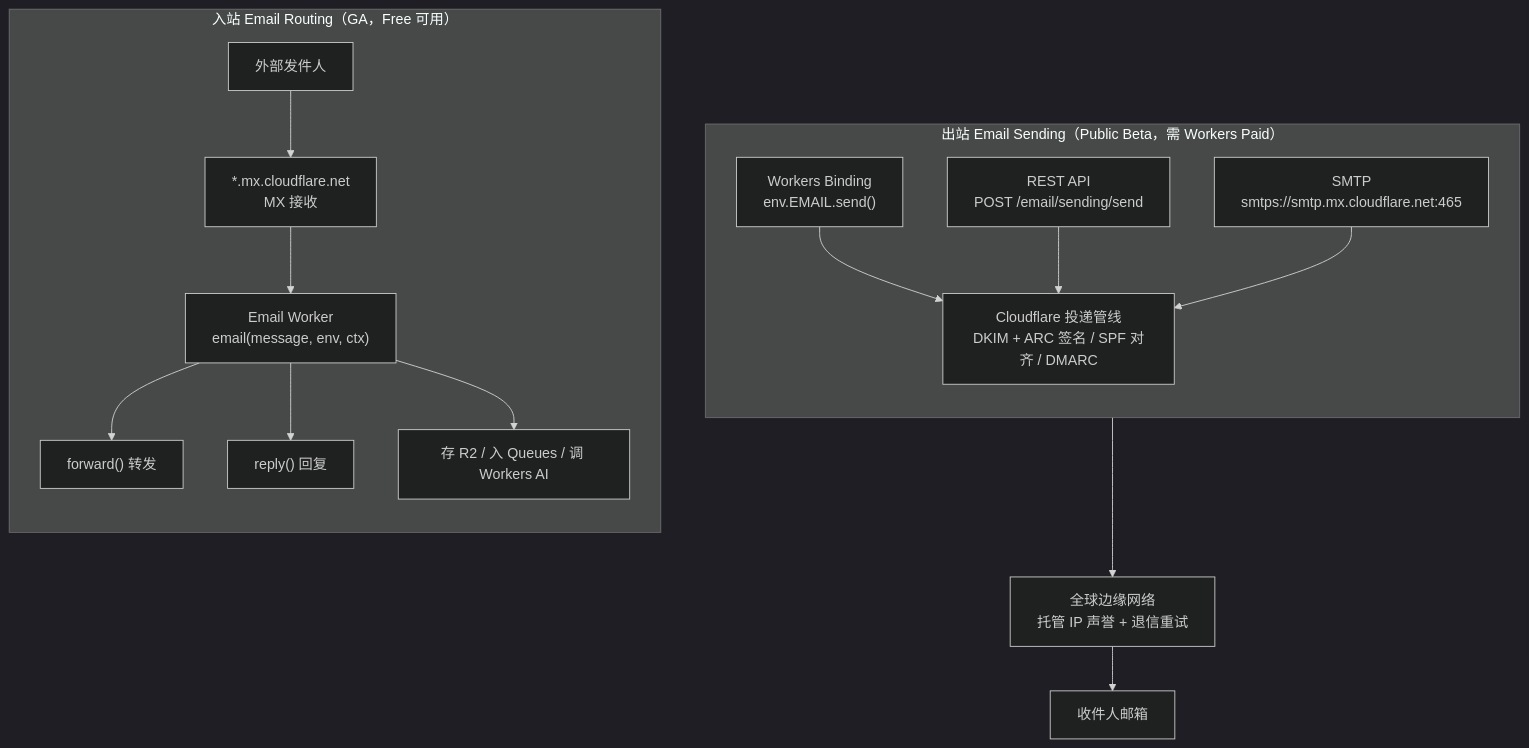
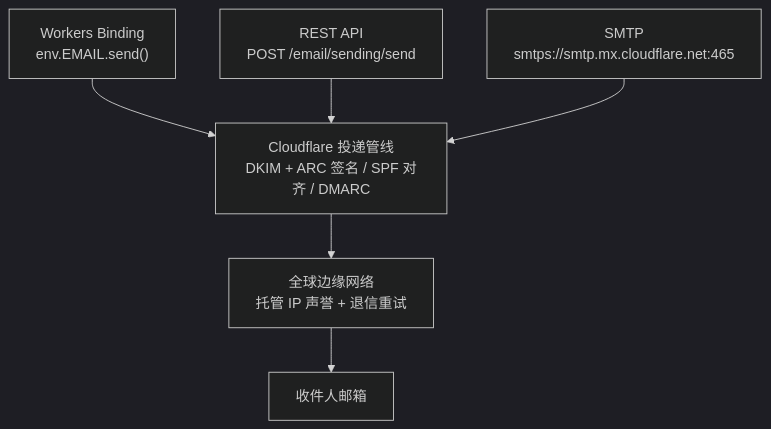
Before and after one commit to realchendahuang/cloudflare-playbook: diagram 14 of 15 in README.md, drawn with Mermaid (dark theme). The commit also changed other lines of this file and 2 other files, not shown here.

Commit message:
Email 子页流程图改上下结构：拆成出站/入站两张独立 TD 流程图，避免 subgraph 左右并排看不清

````diff
--- a/README.md
+++ b/README.md
@@ -2385,20 +2387,8 @@
 ```mermaid
 flowchart TD
-  subgraph OUT["出站 Email Sending（Public Beta，需 Workers Paid）"]
-    direction TB
-    W["Workers Binding<br/>env.EMAIL.send()"] --> PIPE["Cloudflare 投递管线<br/>DKIM + ARC 签名 / SPF 对齐 / DMARC"]
-    R["REST API<br/>POST /email/sending/send"] --> PIPE
-    S["SMTP<br/>smtps://smtp.mx.cloudflare.net:465"] --> PIPE
-  end
-  PIPE --> NET["全球边缘网络<br/>托管 IP 声誉 + 退信重试"]
+  W["Workers Binding<br/>env.EMAIL.send()"] --> PIPE
+  R["REST API<br/>POST /email/sending/send"] --> PIPE
+  S["SMTP<br/>smtps://smtp.mx.cloudflare.net:465"] --> PIPE
+  PIPE["Cloudflare 投递管线<br/>DKIM + ARC 签名 / SPF 对齐 / DMARC"] --> NET["全球边缘网络<br/>托管 IP 声誉 + 退信重试"]
   NET --> RCPT["收件人邮箱"]
-
-  subgraph IN["入站 Email Routing（GA，Free 可用）"]
-    direction TB
-  SENDER["外部发件人"] --> MX["*.mx.cloudflare.net<br/>MX 接收"]
-  MX --> EW["Email Worker<br/>email(message, env, ctx)"]
-  EW --> FWD["forward() 转发"]
-  EW --> REPLY["reply() 回复"]
-  EW --> STORE["存 R2 / 入 Queues / 调 Workers AI"]
-  end
 ```
````
